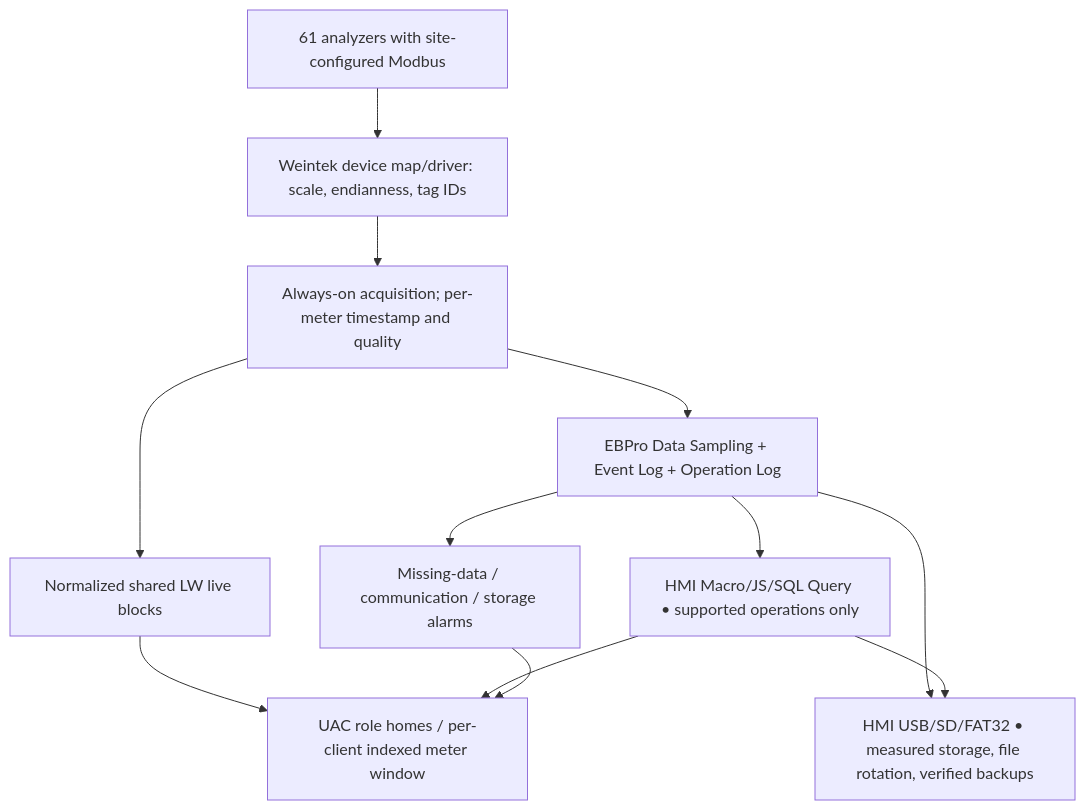
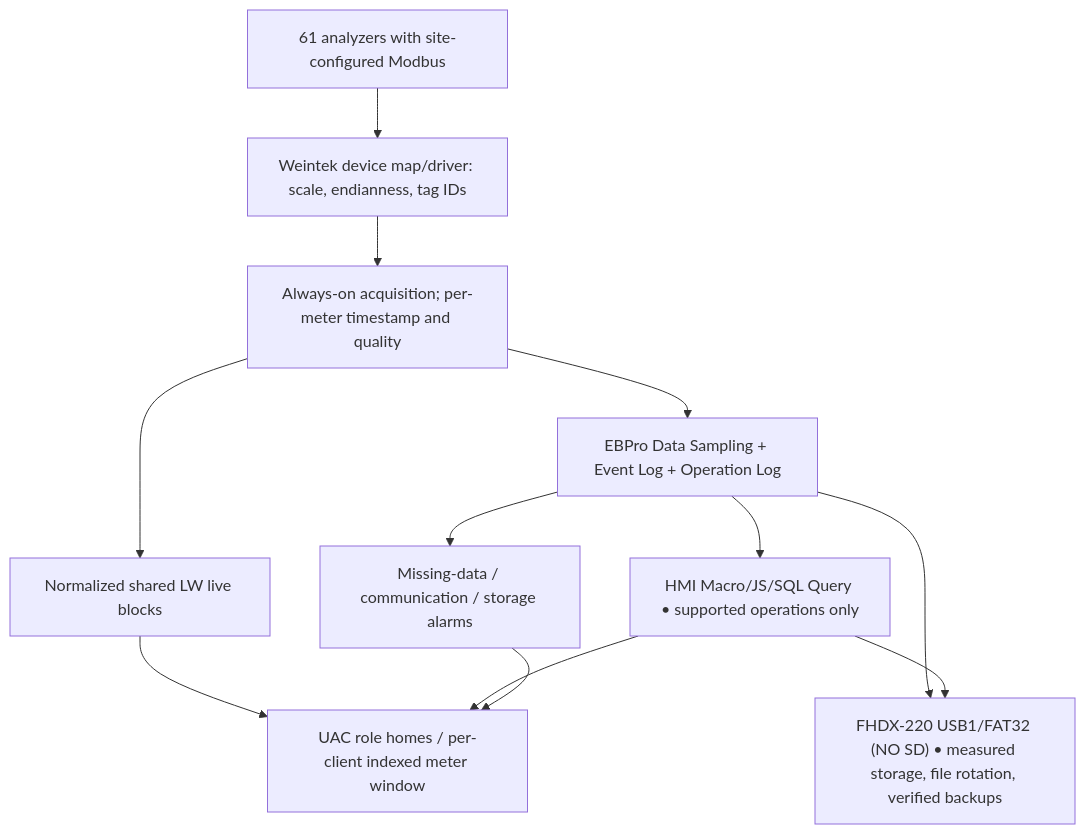
The diagram in docs/ARCHITECTURE.md (raohassandev/Weintek-Macro-Javascript-based-reporting), drawn with Mermaid before and after one commit. The commit also changed other lines of this file and 14 other files, not shown here.

````diff
--- a/docs/ARCHITECTURE.md
+++ b/docs/ARCHITECTURE.md
@@ -8,14 +8,14 @@
 ```mermaid
 flowchart TB
   METERS["61 analyzers with site-configured Modbus"] --> MAP["Weintek device map/driver: scale, endianness, tag IDs"]
   MAP --> ACQ["Always-on acquisition; per-meter timestamp and quality"]
   ACQ --> LW["Normalized shared LW live blocks"]
   LW --> UI["UAC role homes / per-client indexed meter window"]
   ACQ --> H["EBPro Data Sampling + Event Log + Operation Log"]
   H --> REP["HMI Macro/JS/SQL Query • supported operations only"]
   REP --> UI
-  H --> USB["HMI USB/SD/FAT32 • measured storage, file rotation, verified backups"]
+  H --> USB["FHDX-220 USB1/FAT32 (NO SD) • measured storage, file rotation, verified backups"]
   REP --> USB
   H --> EV["Missing-data / communication / storage alarms"]
   EV --> UI
 ```
````
